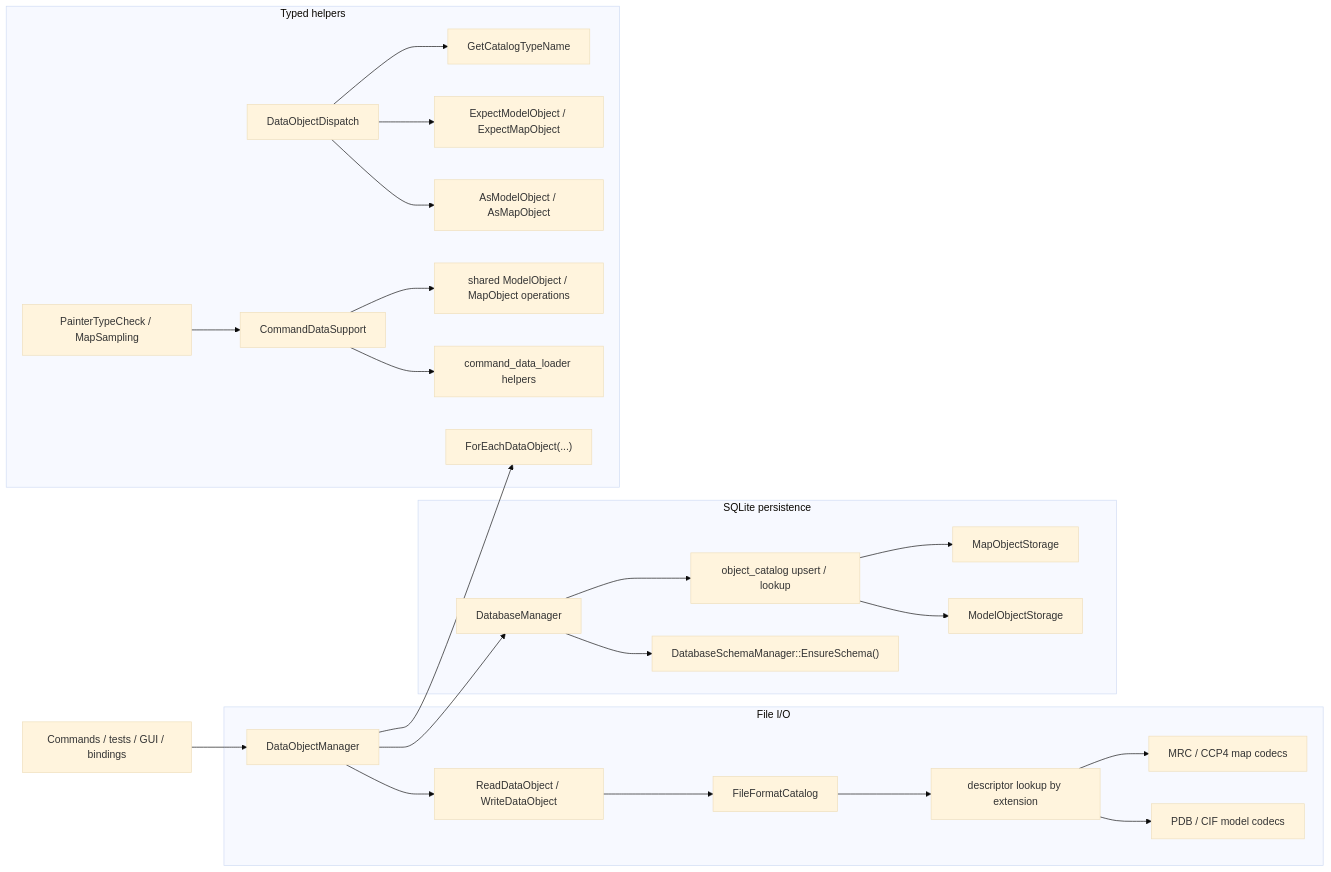
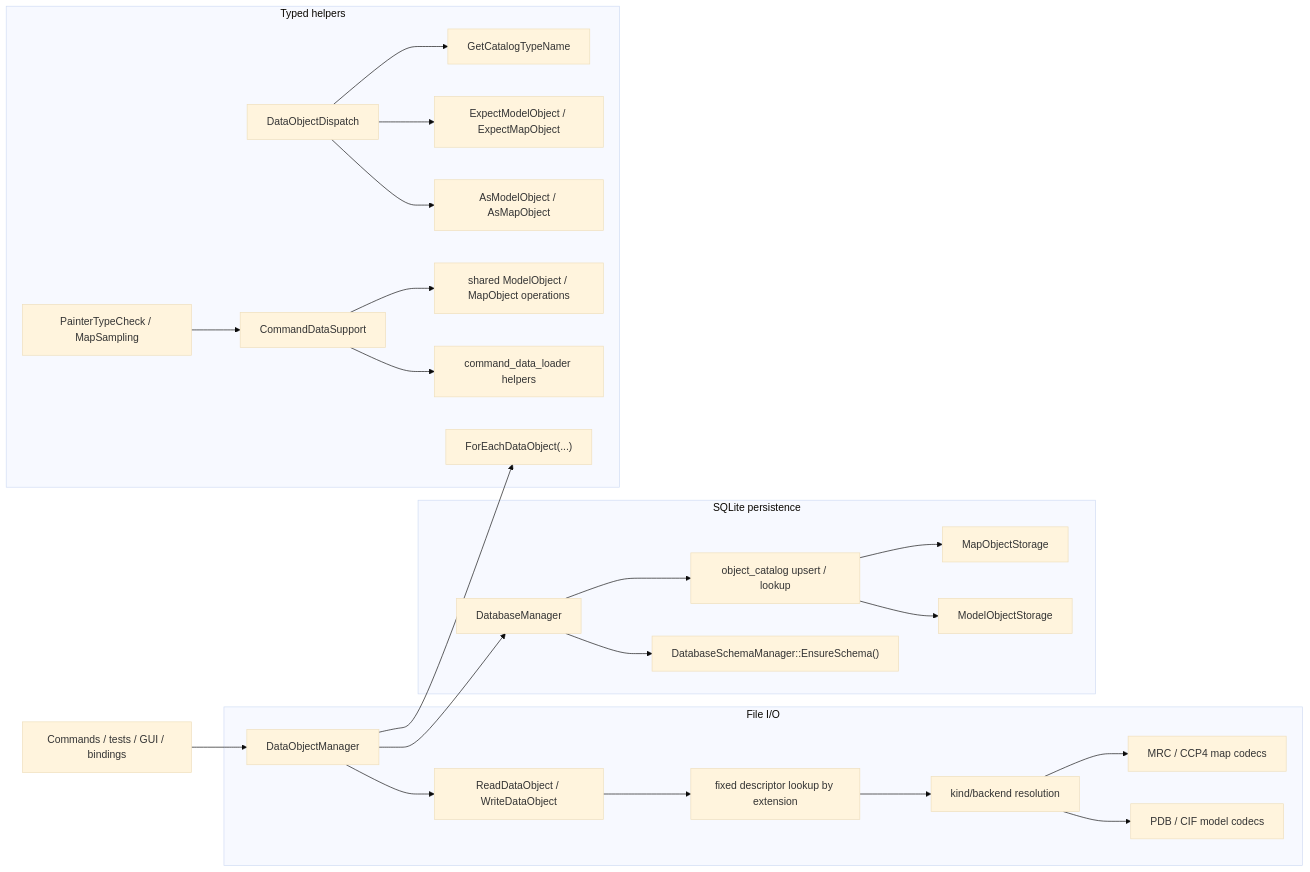
One commit to yslianTim/rhbm_gem changed the diagram in docs/developer/architecture/dataobject-io-architecture.md. Above: the diagram before and after it, drawn with Mermaid (base theme). The commit also changed other lines of this file and 30 other files, not shown here.

````diff
--- a/docs/developer/architecture/dataobject-io-architecture.md
+++ b/docs/developer/architecture/dataobject-io-architecture.md
@@ -42,30 +42,30 @@
 ```mermaid
 flowchart LR
     A["Commands / tests / GUI / bindings"] --> B["DataObjectManager"]
 
     subgraph F["File I/O"]
       B --> C["ReadDataObject / WriteDataObject"]
-      C --> D["FileFormatCatalog"]
-      D --> E["descriptor lookup by extension"]
+      C --> D["fixed descriptor lookup by extension"]
+      D --> E["kind/backend resolution"]
       E --> F1["PDB / CIF model codecs"]
       E --> F2["MRC / CCP4 map codecs"]
     end
 
     subgraph P["SQLite persistence"]
       B --> H["DatabaseManager"]
       H --> I["DatabaseSchemaManager::EnsureSchema()"]
       H --> J["object_catalog upsert / lookup"]
       J --> K["ModelObjectStorage"]
       J --> L["MapObjectStorage"]
     end
 
     subgraph T["Typed helpers"]
       B --> M["ForEachDataObject(...)"]
       N["DataObjectDispatch"] --> N1["AsModelObject / AsMapObject"]
       N --> N2["ExpectModelObject / ExpectMapObject"]
       N --> N3["GetCatalogTypeName"]
       O["CommandDataSupport"] --> O1["command_data_loader helpers"]
       O --> O2["shared ModelObject / MapObject operations"]
       P2["PainterTypeCheck / MapSampling"] --> O
     end
 ```
````
